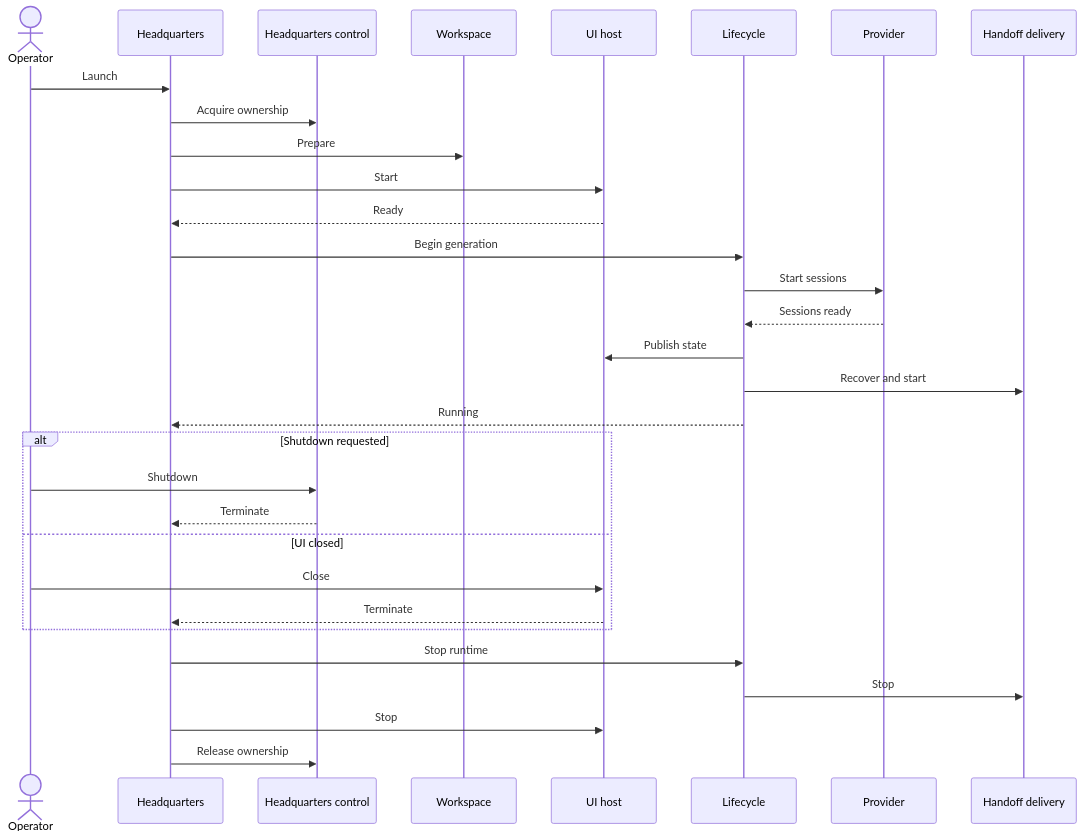
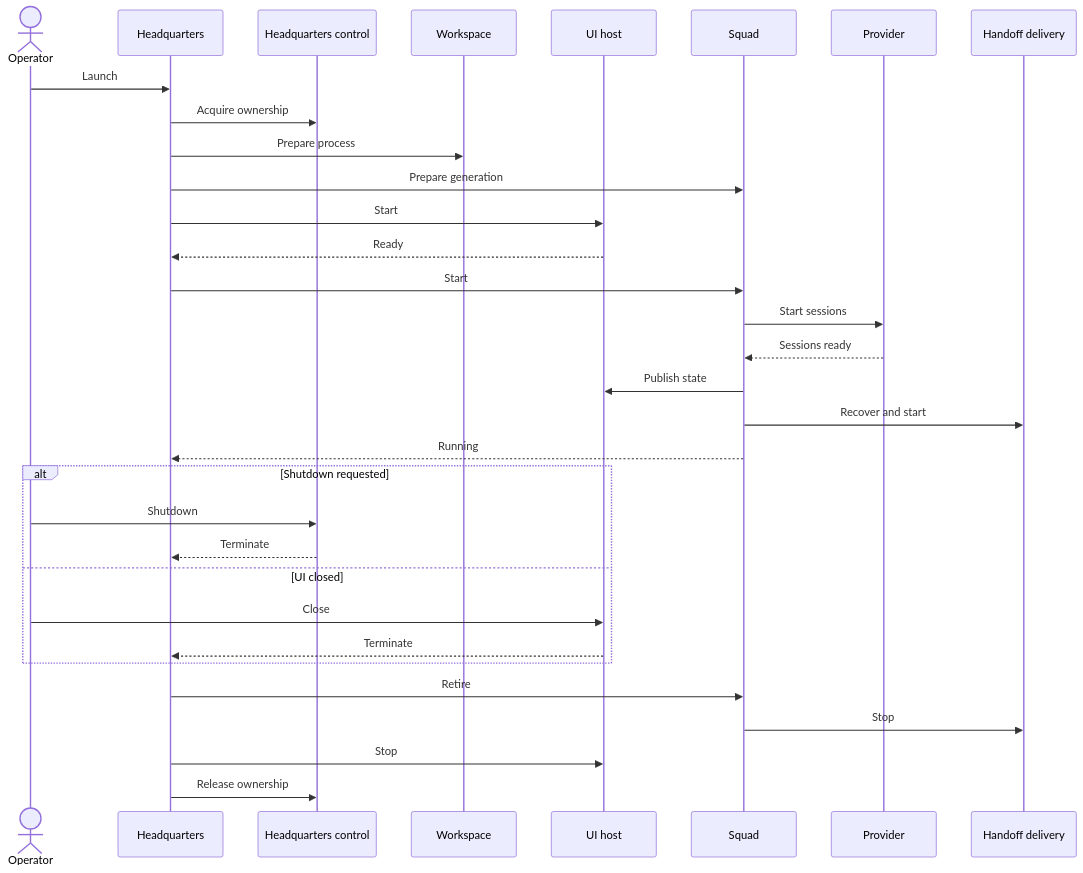
The fourth of 5 diagrams in docs/manual/architecture.md (plainionist/BlaXquad), drawn with Mermaid before and after one commit. The commit also changed other lines of this file and 25 other files, not shown here.

````diff
--- a/docs/manual/architecture.md
+++ b/docs/manual/architecture.md
@@ -207,35 +221,36 @@
 ```mermaid
 sequenceDiagram
   actor Operator
   participant HQ as Headquarters
   participant Control as Headquarters control
   participant Workspace
   participant UI as UI host
-  participant Lifecycle
+  participant Squad
   participant Provider
   participant Delivery as Handoff delivery
 
   Operator->>HQ: Launch
   HQ->>Control: Acquire ownership
-  HQ->>Workspace: Prepare
+  HQ->>Workspace: Prepare process
+  HQ->>Squad: Prepare generation
   HQ->>UI: Start
   UI-->>HQ: Ready
-  HQ->>Lifecycle: Begin generation
-  Lifecycle->>Provider: Start sessions
-  Provider-->>Lifecycle: Sessions ready
-  Lifecycle->>UI: Publish state
-  Lifecycle->>Delivery: Recover and start
-  Lifecycle-->>HQ: Running
+  HQ->>Squad: Start
+  Squad->>Provider: Start sessions
+  Provider-->>Squad: Sessions ready
+  Squad->>UI: Publish state
+  Squad->>Delivery: Recover and start
+  Squad-->>HQ: Running
 
   alt Shutdown requested
     Operator->>Control: Shutdown
     Control-->>HQ: Terminate
   else UI closed
     Operator->>UI: Close
     UI-->>HQ: Terminate
   end
-  HQ->>Lifecycle: Stop runtime
-  Lifecycle->>Delivery: Stop
+  HQ->>Squad: Retire
+  Squad->>Delivery: Stop
   HQ->>UI: Stop
   HQ->>Control: Release ownership
 ```
````
